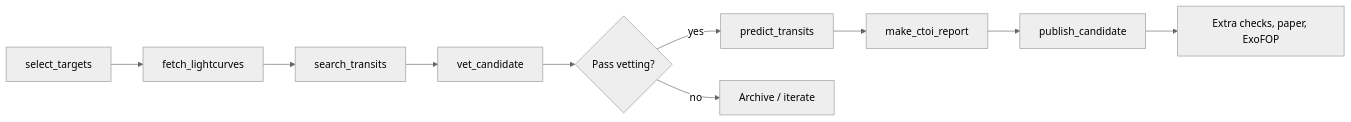
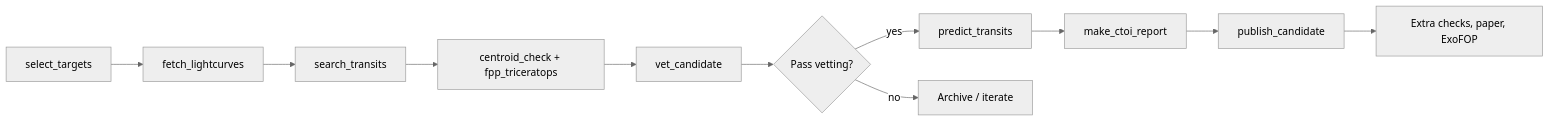
Before and after one commit to romit07/exoplanet-hunter: the diagram in SKILL.md, drawn with Mermaid (neutral theme). The commit also changed other lines of this file and 4 other files, not shown here.

````diff
--- a/SKILL.md
+++ b/SKILL.md
@@ -7,12 +7,13 @@
 ```mermaid
 flowchart LR
   A[select_targets] --> B[fetch_lightcurves]
   B --> C[search_transits]
-  C --> D[vet_candidate]
+  C --> C2[centroid_check + fpp_triceratops]
+  C2 --> D[vet_candidate]
   D --> E{Pass vetting?}
   E -->|yes| F[predict_transits]
   F --> G[make_ctoi_report]
   G --> P[publish_candidate]
   P --> H[Extra checks, paper, ExoFOP]
   E -->|no| Z[Archive / iterate]
 ```
````
